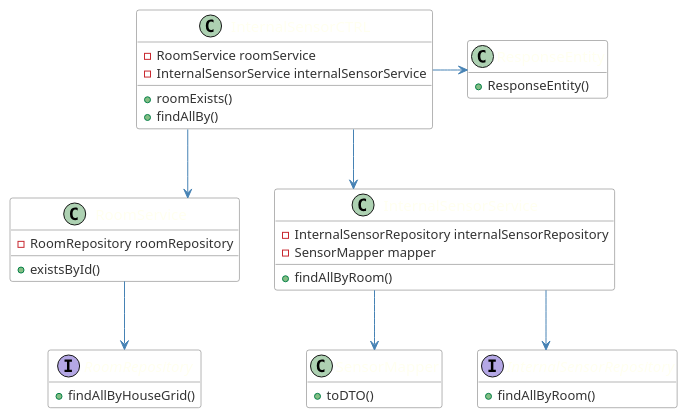
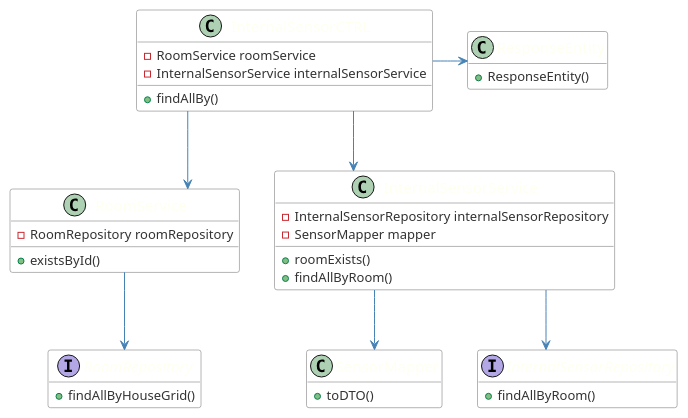
One commit to emanuel-pereira/hou changed the diagram in src/main/java/smarthome/controller/rest/classDiagrams/cd_ListSensorsInRoom.puml. Above: the diagram before and after it, drawn with PlantUML. The commit also changed 1 other file, not shown here.

Commit message:
Ref #260 class and sequence diagrams update for user story to get a list of room sensors

```diff
--- a/src/main/java/smarthome/controller/rest/classDiagrams/cd_ListSensorsInRoom.puml
+++ b/src/main/java/smarthome/controller/rest/classDiagrams/cd_ListSensorsInRoom.puml
@@ -1,83 +1,84 @@
 @startuml
 
 
 skinparam linetype ortho
 hide empty members
 
 skinparam class {
 	ArrowColor SteelBlue
 	BorderColor Dimgray
 	HeaderBackgroundColor SteelBlue
 	BackgroundColor White
 	FontName Calibri bold
 	AttributeFontColor #333
 	AttributeFontName Calibri
 	AttributeFontSize 13
 	FontColor Ivory
 	FontSize 15
 }
 
 
 hide empty members
 
 class InternalSensorCTRL{
 
 -RoomService roomService
 -InternalSensorService internalSensorService
-+roomExists()
 +findAllBy()
 }
 
 class RoomService{
 
 - RoomRepository roomRepository
 +existsById()
 }
 
 
 class InternalSensorService{
 
 -InternalSensorRepository internalSensorRepository
 -SensorMapper mapper
++roomExists()
++findAllByRoom()
 
-+findAllByRoom()
+
 }
 
 
 class SensorMapper{
 +toDTO()
 }
 
 Interface RoomRepository{
 
 +findAllByHouseGrid()
 
 }
 
 class ResponseEntity{
 
 +ResponseEntity()
 }
 
 
 Interface InternalSensorRepository{
 
 +findAllByRoom()
 }
 
 
 
 InternalSensorCTRL --> InternalSensorService
 
 InternalSensorCTRL --> RoomService
 
 InternalSensorService --> InternalSensorRepository
 
 RoomService --> RoomRepository
 
 InternalSensorCTRL -> ResponseEntity
 InternalSensorService -->SensorMapper
 
 
 
 @enduml
```
